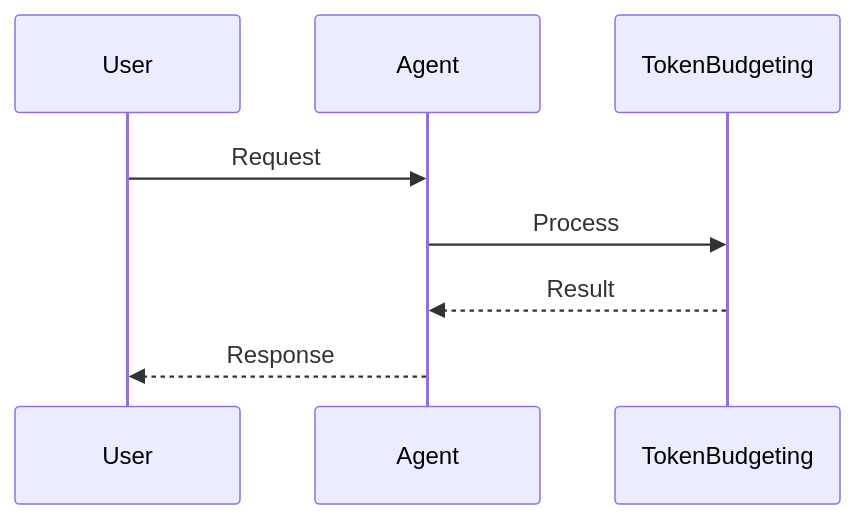
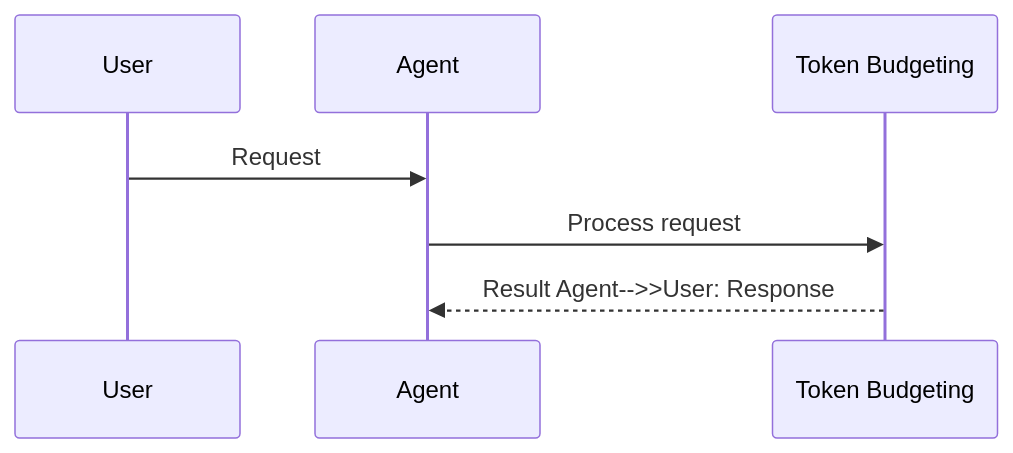
Before and after one commit to MervinPraison/PraisonAIDocs: the second of 2 diagrams in docs/features/token-budgeting.mdx, drawn with Mermaid. The commit also changed 204 other files, not shown here.

First line of the commit message:
docs: align feature/tool pages with AGENTS.md hero + sequence + import standards (fixes #1775)

````diff
--- a/docs/features/token-budgeting.mdx
+++ b/docs/features/token-budgeting.mdx
@@ -46,11 +46,10 @@
 ```mermaid
 sequenceDiagram
     participant User
     participant Agent
-    participant TokenBudgeting
+    participant Feature as Token Budgeting
 
     User->>Agent: Request
-    Agent->>TokenBudgeting: Process
-    TokenBudgeting-->>Agent: Result
-    Agent-->>User: Response
+    Agent->>Feature: Process request
+    Feature-->>Agent: Result    Agent-->>User: Response
 ```
````
